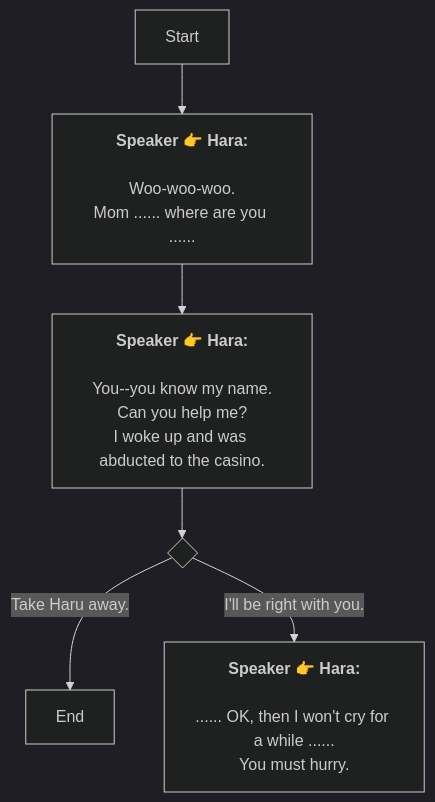
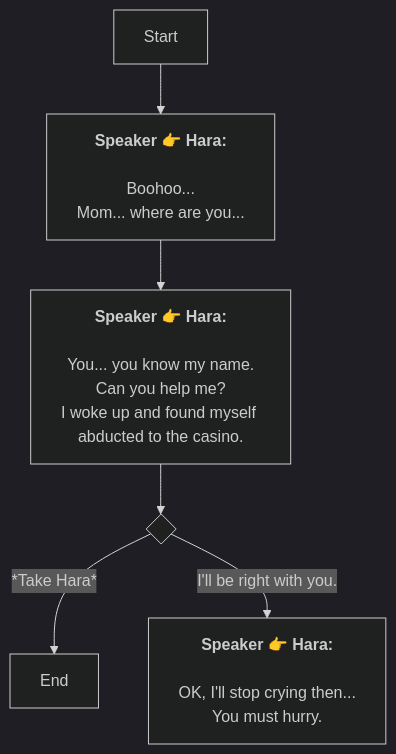
One commit to SoftHu/tos_avg changed the diagram in En/Dialog_55189570570308.md. Above: the diagram before and after it, drawn with Mermaid (dark theme). The commit also changed 312 other files, not shown here.

````diff
--- a/En/Dialog_55189570570308.md
+++ b/En/Dialog_55189570570308.md
@@ -1,19 +1,19 @@
 ```mermaid
 graph
 Start -->1766066321450738[<b>Speaker 👉 Hara:</b>
 
-Woo-woo-woo.
-Mom ...... where are you ......]
+Boohoo...
+Mom... where are you...]
 1766066321450738 -->1766066401604344[<b>Speaker 👉 Hara:</b>
 
-You--you know my name.
+You... you know my name.
 Can you help me?
-I woke up and was abducted to the casino.]
+I woke up and found myself abducted to the casino.]
 1766066401604344 -->1766066463684347{ }
-1766066463684347 -->|Take Haru away.|1766066325883635[End]
+1766066463684347 -->|*Take Hara*|1766066325883635[End]
 1766066463684347 -->|I'll be right with you.|1766066504773374[<b>Speaker 👉 Hara:</b>
 
-...... OK, then I won't cry for a while ......
+OK, I'll stop crying then...
 You must hurry.]
 
  ```
````
